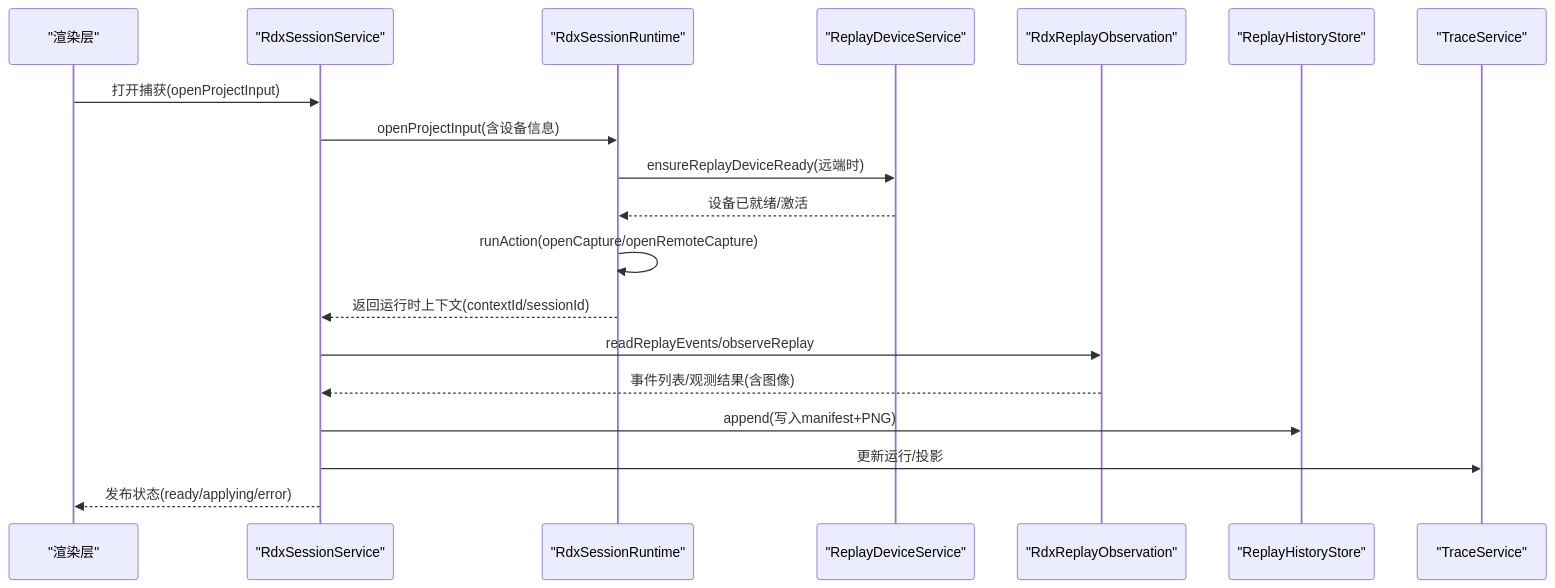
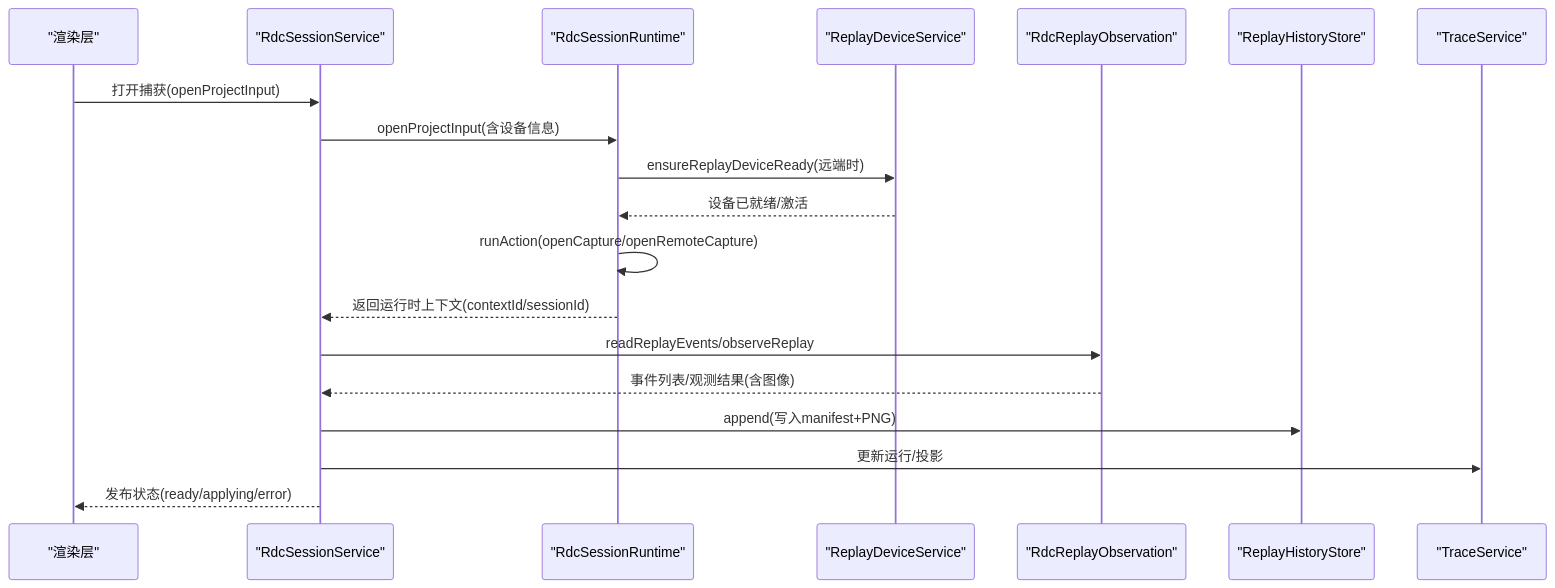
The second of 7 diagrams in .qoder/repowiki/zh/content/核心模块/会话管理系统/会话级回放系统.md (haolange/RDC-Agent), drawn with Mermaid before and after one commit. The commit also changed other lines of this file and 557 other files, not shown here.

````diff
--- a/.qoder/repowiki/zh/content/核心模块/会话管理系统/会话级回放系统.md
+++ b/.qoder/repowiki/zh/content/核心模块/会话管理系统/会话级回放系统.md
@@ -82,21 +82,21 @@
 ```mermaid
 sequenceDiagram
 participant UI as "渲染层"
-participant Svc as "RdxSessionService"
-participant RT as "RdxSessionRuntime"
+participant Svc as "RdcSessionService"
+participant RT as "RdcSessionRuntime"
 participant Dev as "ReplayDeviceService"
-participant Obs as "RdxReplayObservation"
+participant Obs as "RdcReplayObservation"
 participant Store as "ReplayHistoryStore"
 participant Trace as "TraceService"
 UI->>Svc : 打开捕获(openProjectInput)
 Svc->>RT : openProjectInput(含设备信息)
 RT->>Dev : ensureReplayDeviceReady(远端时)
 Dev-->>RT : 设备已就绪/激活
 RT->>RT : runAction(openCapture/openRemoteCapture)
 RT-->>Svc : 返回运行时上下文(contextId/sessionId)
 Svc->>Obs : readReplayEvents/observeReplay
 Obs-->>Svc : 事件列表/观测结果(含图像)
 Svc->>Store : append(写入manifest+PNG)
 Svc->>Trace : 更新运行/投影
 Svc-->>UI : 发布状态(ready/applying/error)
 ```
````
